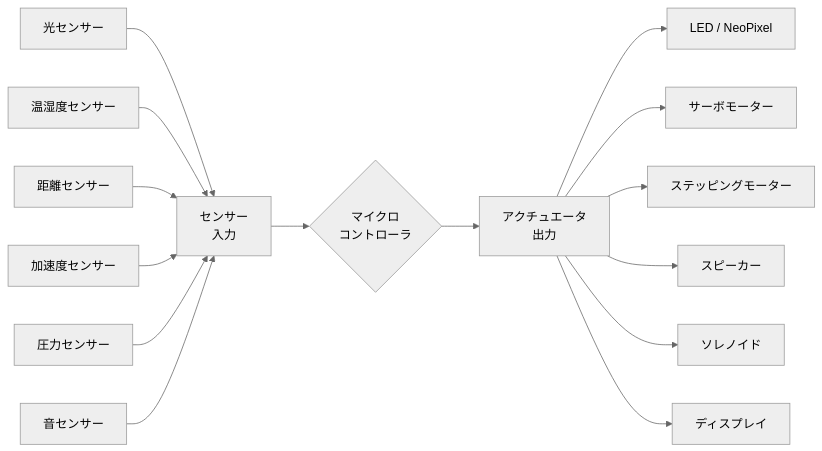
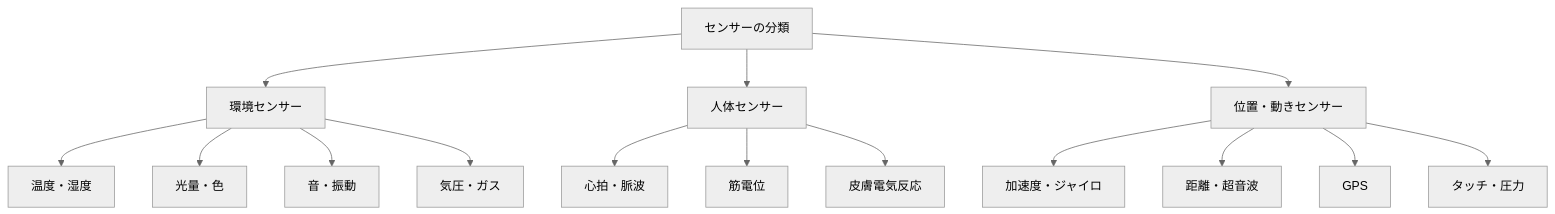
One commit to Hide-nu/Designer-curriculum changed the second of 3 diagrams in docs/books/04-critical-making/ch02-physical-computing.md. Above: the diagram before and after it, drawn with Mermaid (neutral theme). The commit also changed other lines of this file and 13 other files, not shown here.

````diff
--- a/docs/books/04-critical-making/ch02-physical-computing.md
+++ b/docs/books/04-critical-making/ch02-physical-computing.md
@@ -48,19 +72,20 @@
 ```mermaid
-graph LR
-    A[センサー<br>入力] --> B{マイクロ<br>コントローラ}
-    B --> C[アクチュエータ<br>出力]
+graph TD
+    A[センサーの分類] --> B[環境センサー]
+    A --> C[人体センサー]
+    A --> D[位置・動きセンサー]
 
-    D[光センサー] --> A
-    E[温湿度センサー] --> A
-    F[距離センサー] --> A
-    G[加速度センサー] --> A
-    H[圧力センサー] --> A
-    I[音センサー] --> A
+    B --> B1[温度・湿度]
+    B --> B2[光量・色]
+    B --> B3[音・振動]
+    B --> B4[気圧・ガス]
 
-    C --> J[LED / NeoPixel]
-    C --> K[サーボモーター]
-    C --> L[ステッピングモーター]
-    C --> M[スピーカー]
-    C --> N[ソレノイド]
-    C --> O[ディスプレイ]
+    C --> C1[心拍・脈波]
+    C --> C2[筋電位]
+    C --> C3[皮膚電気反応]
+
+    D --> D1[加速度・ジャイロ]
+    D --> D2[距離・超音波]
+    D --> D3[GPS]
+    D --> D4[タッチ・圧力]
 ```
````
